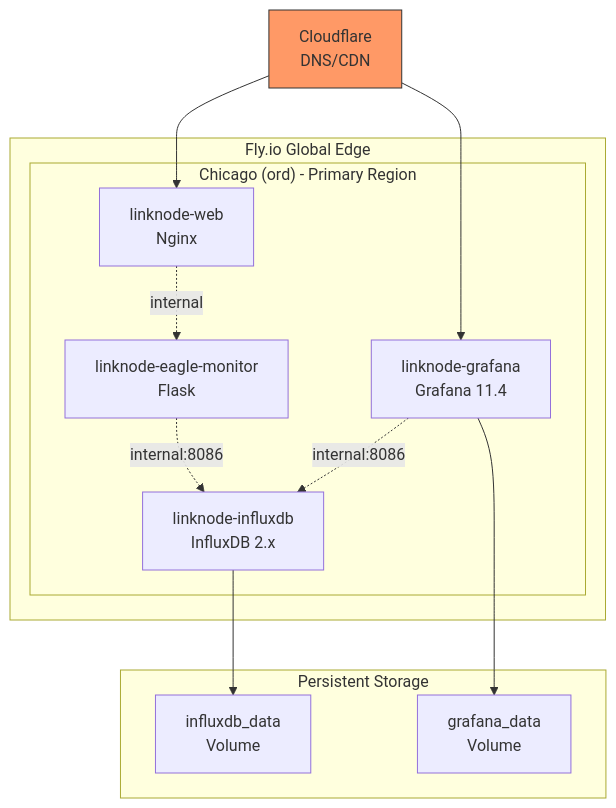
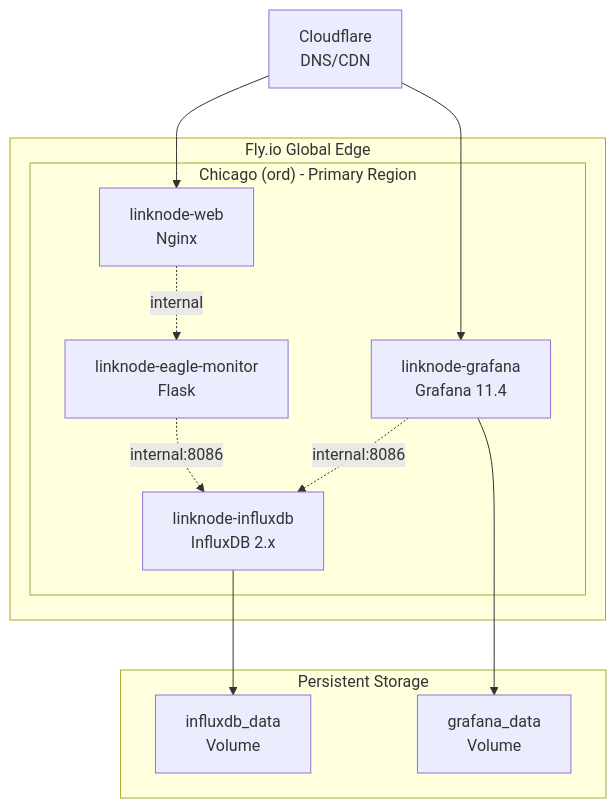
Before and after one commit to murr2k/linknode-com: the eighth of 10 diagrams in docs/THEORY_OF_OPERATION.md, drawn with Mermaid. The commit also changed other lines of this file and 1 other file, not shown here.

First line of the commit message:
docs: make Mermaid diagrams theme-adaptive

````diff
--- a/docs/THEORY_OF_OPERATION.md
+++ b/docs/THEORY_OF_OPERATION.md
@@ -349,28 +342,26 @@
 ```mermaid
 graph TB
     subgraph "Fly.io Global Edge"
         subgraph "Chicago (ord) - Primary Region"
             WEB[linknode-web<br/>Nginx]
             EM[linknode-eagle-monitor<br/>Flask]
             GF[linknode-grafana<br/>Grafana 11.4]
             IDB[linknode-influxdb<br/>InfluxDB 2.x]
         end
 
         WEB -.->|internal| EM
         EM -.->|internal:8086| IDB
         GF -.->|internal:8086| IDB
     end
 
     subgraph "Persistent Storage"
         V1[grafana_data<br/>Volume]
         V2[influxdb_data<br/>Volume]
     end
 
     GF --> V1
     IDB --> V2
 
     CF[Cloudflare<br/>DNS/CDN] --> WEB
     CF --> GF
-
-    style CF fill:#f96,stroke:#333
 ```
````
